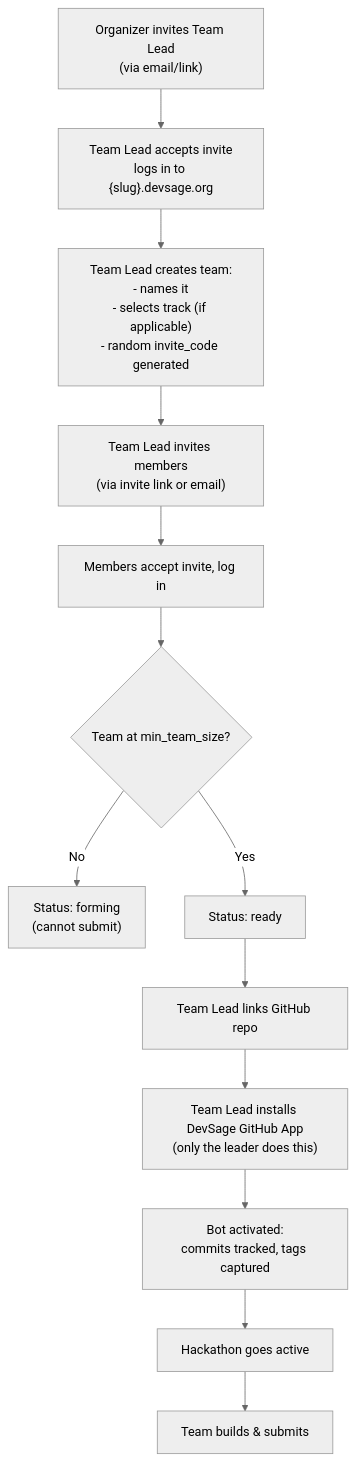
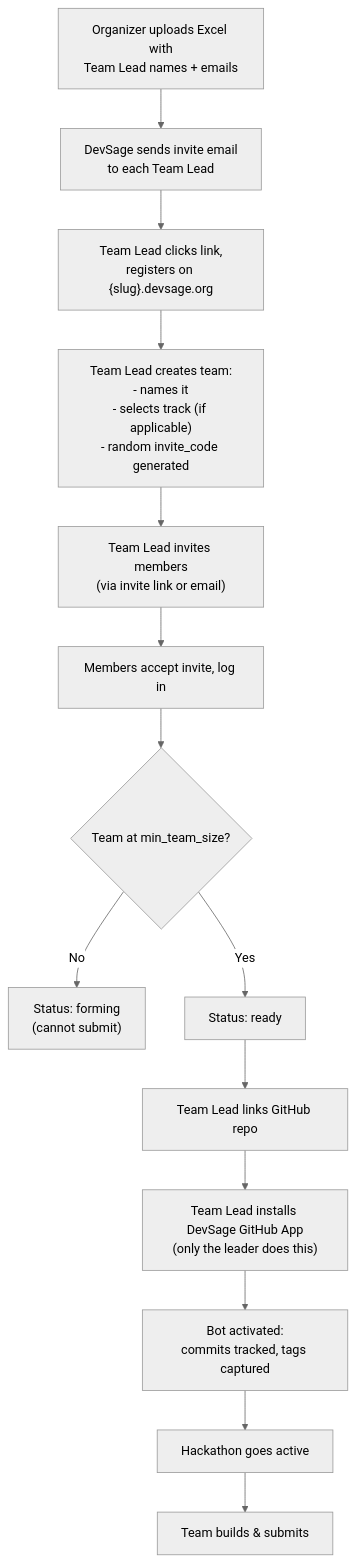
One commit to devangshupandey2025-stack/DevSage changed the first of 11 diagrams in docs/v3/planned/team-management.md. Above: the diagram before and after it, drawn with Mermaid (neutral theme). The commit also changed other lines of this file and 3 other files, not shown here.

First line of the commit message:
docs(core): verify and fix architecture, auth, lifecycle, and team docs

````diff
--- a/docs/v3/planned/team-management.md
+++ b/docs/v3/planned/team-management.md
@@ -45,15 +45,16 @@
 ```mermaid
 flowchart TD
-    A["Organizer invites Team Lead<br/>(via email/link)"] --> B["Team Lead accepts invite<br/>logs in to {slug}.devsage.org"]
+    A["Organizer uploads Excel with<br/>Team Lead names + emails"] --> A1["DevSage sends invite email<br/>to each Team Lead"]
+    A1 --> B["Team Lead clicks link,<br/>registers on {slug}.devsage.org"]
     B --> C["Team Lead creates team:<br/>- names it<br/>- selects track (if applicable)<br/>- random invite_code generated"]
     C --> D["Team Lead invites members<br/>(via invite link or email)"]
     D --> E["Members accept invite, log in"]
     E --> F{Team at min_team_size?}
     F -->|No| G["Status: forming<br/>(cannot submit)"]
     F -->|Yes| H["Status: ready"]
     H --> I["Team Lead links GitHub repo"]
     I --> J["Team Lead installs DevSage GitHub App<br/>(only the leader does this)"]
     J --> K["Bot activated:<br/>commits tracked, tags captured"]
     K --> L["Hackathon goes active"]
     L --> M["Team builds & submits"]
 ```
````
